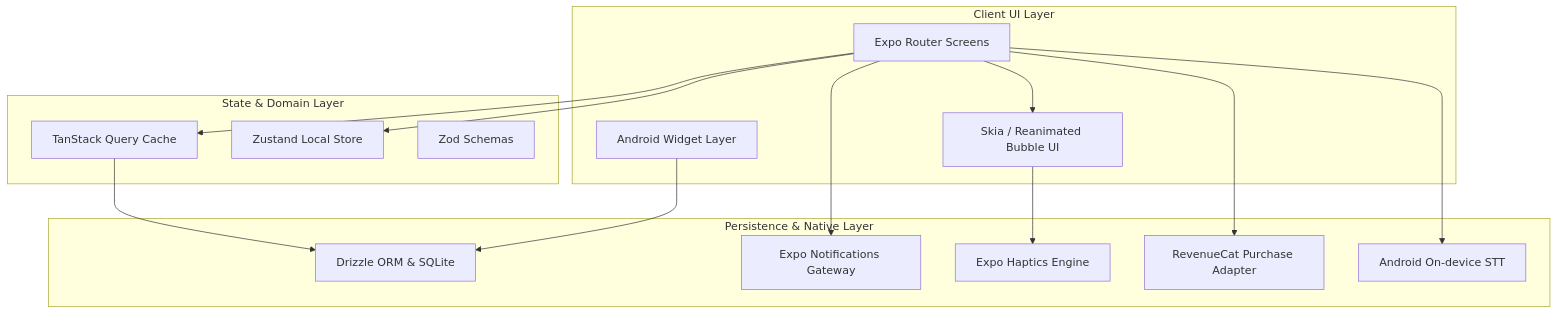
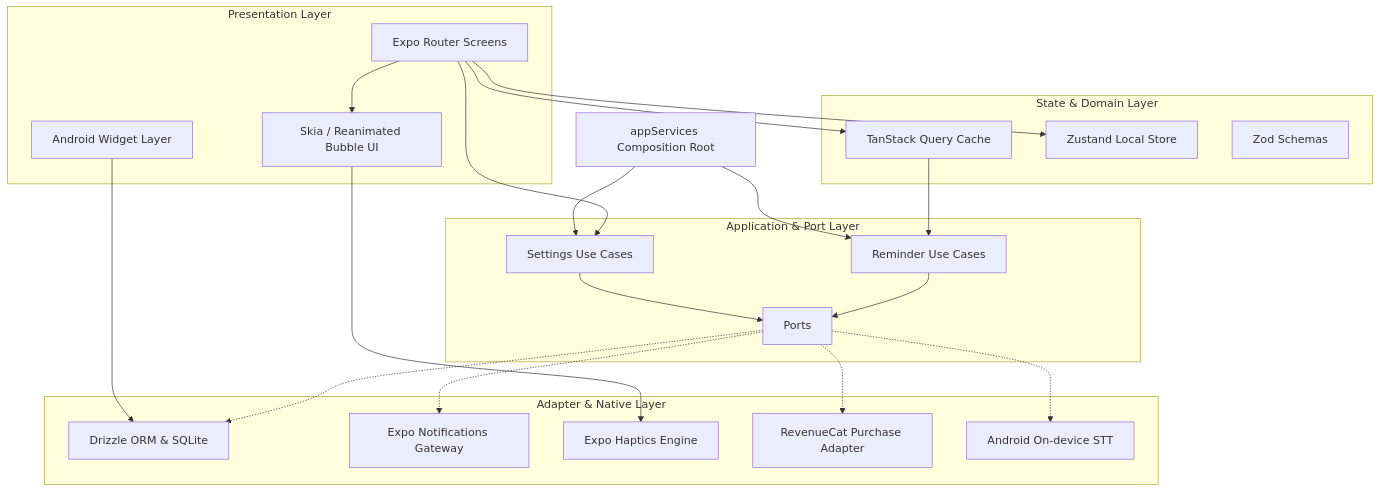
Before and after one commit to rion0918/pop-reminder: the diagram in docs/TECH_STACK.md, drawn with Mermaid. The commit also changed other lines of this file and 13 other files, not shown here.

Commit message:
Harden notification reconciliation and schema repair

````diff
--- a/docs/TECH_STACK.md
+++ b/docs/TECH_STACK.md
@@ -9,32 +9,46 @@
 ```mermaid
 graph TB
-    subgraph Client [Client UI Layer]
+    subgraph Presentation [Presentation Layer]
         AppUI[Expo Router Screens]
         BubbleUI[Skia / Reanimated Bubble UI]
         WidgetUI[Android Widget Layer]
+    end
+
+    subgraph Application [Application & Port Layer]
+        ReminderUseCases[Reminder Use Cases]
+        SettingsUseCases[Settings Use Cases]
+        Ports[Ports]
     end
 
     subgraph StateDomain [State & Domain Layer]
         TanStack[TanStack Query Cache]
         ZustandStore[Zustand Local Store]
         ZodSchemas[Zod Schemas]
     end
 
-    subgraph PersistenceNative [Persistence & Native Layer]
+    subgraph Infrastructure [Adapter & Native Layer]
         Drizzle[Drizzle ORM & SQLite]
         Notifications[Expo Notifications Gateway]
         Haptics[Expo Haptics Engine]
         Purchases[RevenueCat Purchase Adapter]
         AndroidSTT[Android On-device STT]
     end
 
+    Bootstrap[appServices Composition Root]
+
     AppUI --> TanStack
     AppUI --> ZustandStore
     AppUI --> BubbleUI
-    TanStack --> Drizzle
-    AppUI --> Notifications
-    AppUI --> Purchases
-    AppUI --> AndroidSTT
+    TanStack --> ReminderUseCases
+    AppUI --> SettingsUseCases
+    ReminderUseCases --> Ports
+    SettingsUseCases --> Ports
+    Ports -.-> Drizzle
+    Ports -.-> Notifications
+    Ports -.-> Purchases
+    Ports -.-> AndroidSTT
     BubbleUI --> Haptics
     WidgetUI --> Drizzle
+    Bootstrap --> ReminderUseCases
+    Bootstrap --> SettingsUseCases
 ```
````
